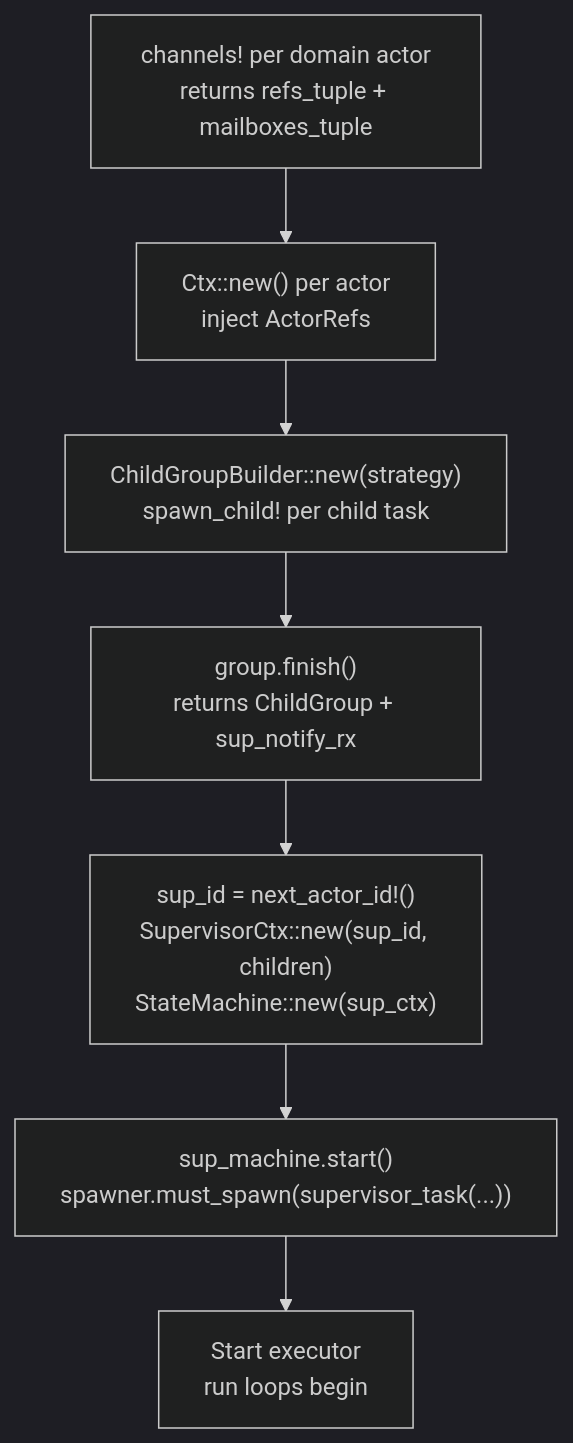
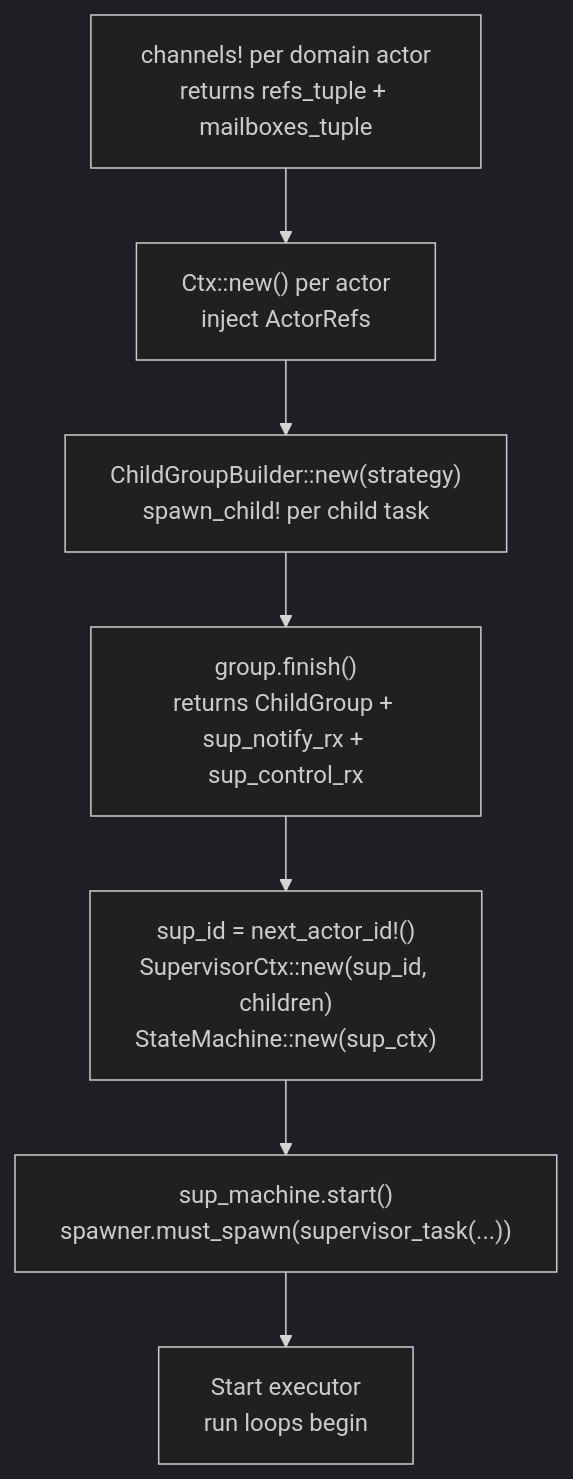
The first of 2 diagrams in spec/architecture/04-static-wiring.md (bloxide-com/bloxide), drawn with Mermaid (dark theme) before and after one commit. The commit also changed other lines of this file and 215 other files, not shown here.

````diff
--- a/spec/architecture/04-static-wiring.md
+++ b/spec/architecture/04-static-wiring.md
@@ -7,10 +7,10 @@
 ```mermaid
 flowchart TD
     A["channels! per domain actor\nreturns refs_tuple + mailboxes_tuple"] --> B
     B["Ctx::new() per actor\ninject ActorRefs"] --> C
     C["ChildGroupBuilder::new(strategy)\nspawn_child! per child task"] --> D
-    D["group.finish()\nreturns ChildGroup + sup_notify_rx"] --> E
+    D["group.finish()\nreturns ChildGroup + sup_notify_rx + sup_control_rx"] --> E
     E["sup_id = next_actor_id!()\nSupervisorCtx::new(sup_id, children)\nStateMachine::new(sup_ctx)"] --> F
     F["sup_machine.start()\nspawner.must_spawn(supervisor_task(...))"] --> G
     G["Start executor\nrun loops begin"]
 ```
````
